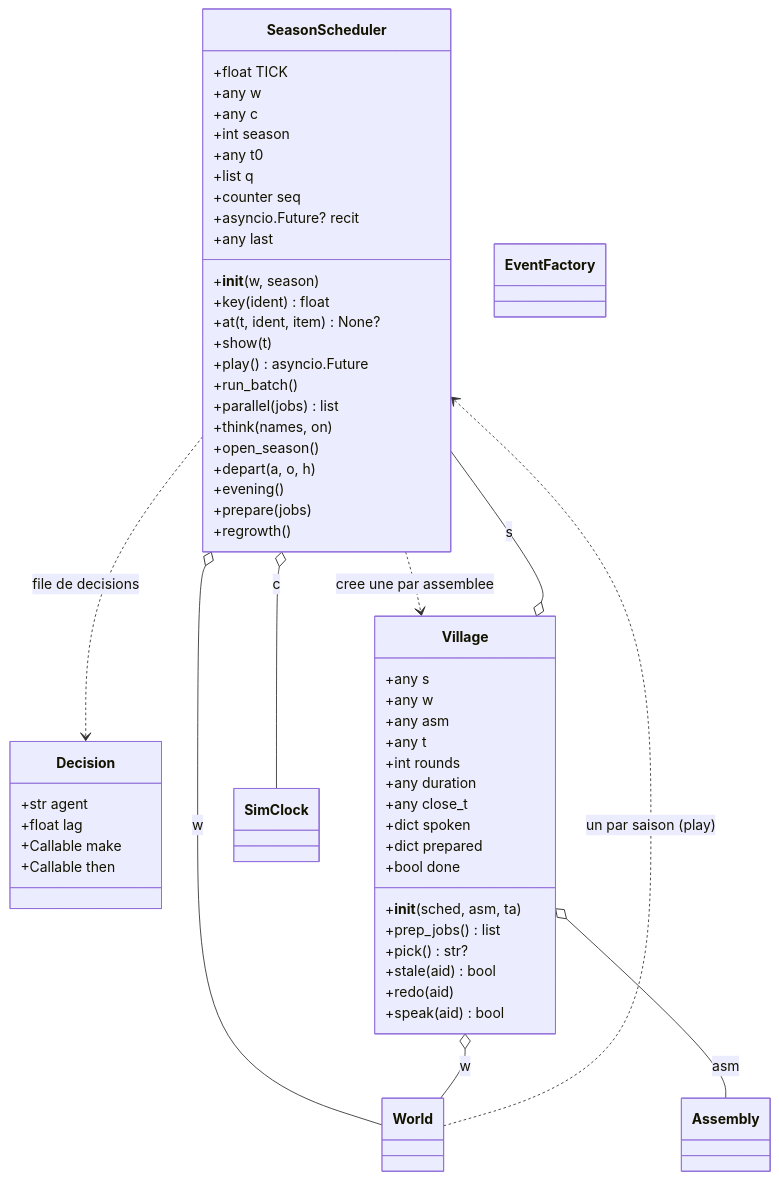
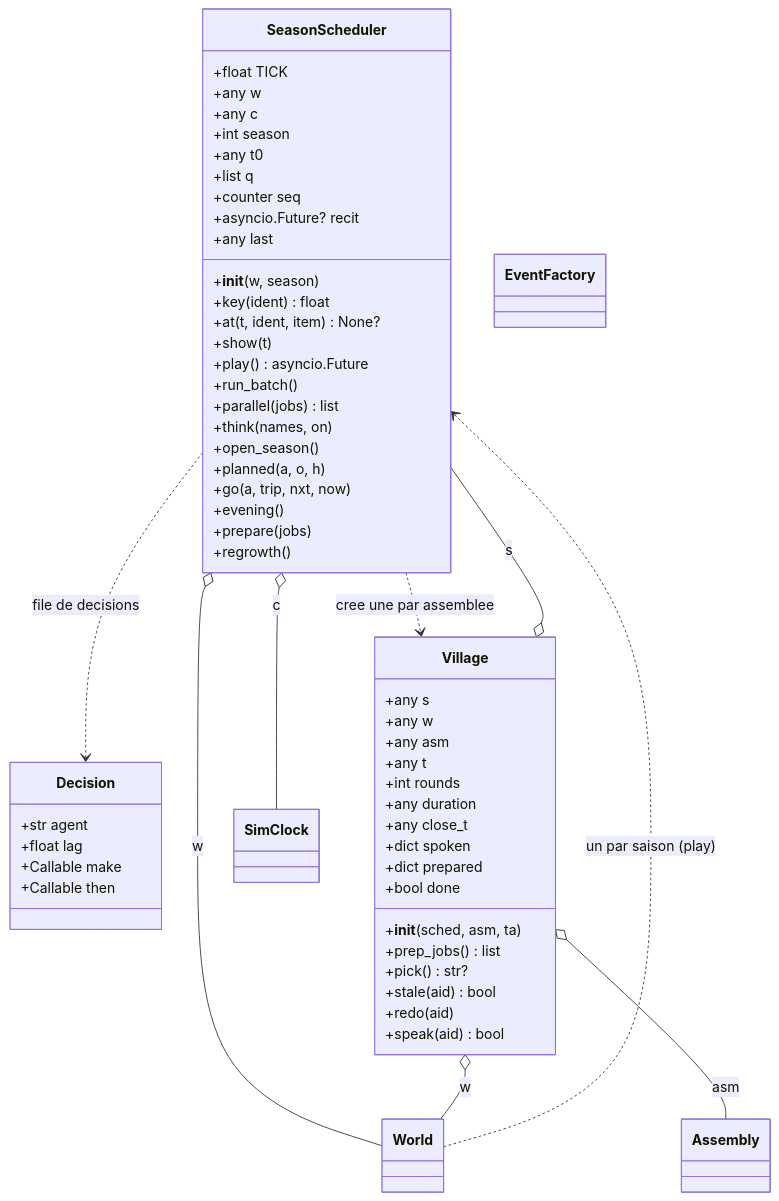
Before and after one commit to Romain-LM-Dev/Projet-Parcours---Filets-de-Vellmor: diagram 14 of 14 in docs/uml/classes-monde.md, drawn with Mermaid. The commit also changed other lines of this file and 14 other files, not shown here.

````diff
--- a/docs/uml/classes-monde.md
+++ b/docs/uml/classes-monde.md
@@ -795,63 +804,64 @@
 ```mermaid
 classDiagram
     class SeasonScheduler {
         +float TICK
         +any w
         +any c
         +int season
         +any t0
         +list q
         +counter seq
         +asyncio.Future? recit
         +any last
         +__init__(w, season)
         +key(ident) float
         +at(t, ident, item) None?
         +show(t)
         +play() asyncio.Future
         +run_batch()
         +parallel(jobs) list
         +think(names, on)
         +open_season()
-        +depart(a, o, h)
+        +planned(a, o, h)
+        +go(a, trip, nxt, now)
         +evening()
         +prepare(jobs)
         +regrowth()
     }
     class Decision {
         +str agent
         +float lag
         +Callable make
         +Callable then
     }
     class Village {
         +any s
         +any w
         +any asm
         +any t
         +int rounds
         +any duration
         +any close_t
         +dict spoken
         +dict prepared
         +bool done
         +__init__(sched, asm, ta)
         +prep_jobs() list
         +pick() str?
         +stale(aid) bool
         +redo(aid)
         +speak(aid) bool
     }
     class World
     class Assembly
     class SimClock
     class EventFactory
     World ..> SeasonScheduler : un par saison (play)
     SeasonScheduler o-- World : w
     SeasonScheduler o-- SimClock : c
     SeasonScheduler ..> Decision : file de decisions
     SeasonScheduler ..> Village : cree une par assemblee
     Village o-- SeasonScheduler : s
     Village o-- World : w
     Village o-- Assembly : asm
 ```
````
